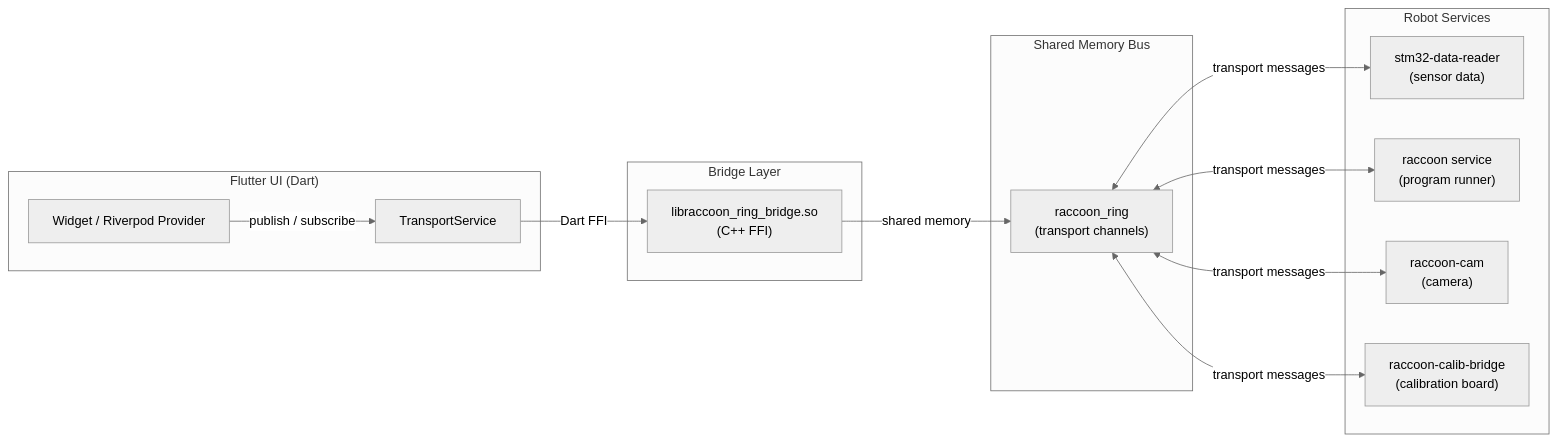
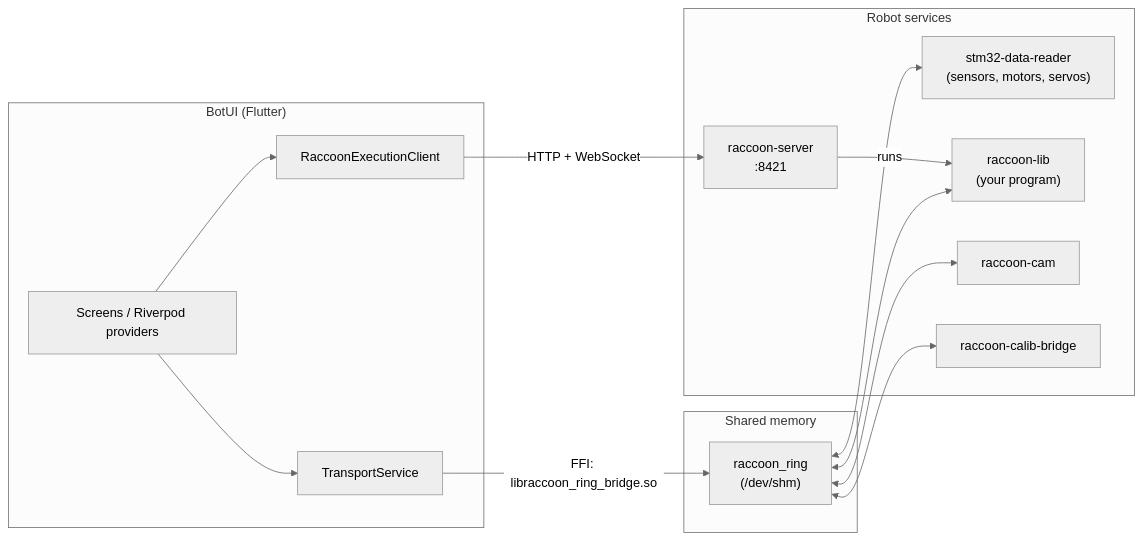
One commit to htl-stp-ecer/documentation changed the first of 2 diagrams in content/05-bot-ui/_index.md. Above: the diagram before and after it, drawn with Mermaid (neutral theme). The commit also changed other lines of this file and 9 other files, not shown here.

````diff
--- a/content/05-bot-ui/_index.md
+++ b/content/05-bot-ui/_index.md
@@ -23,27 +25,28 @@
 ```mermaid
 graph LR
-    subgraph "Flutter UI (Dart)"
-        W[Widget / Riverpod Provider]
+    subgraph "BotUI (Flutter)"
+        W[Screens / Riverpod providers]
         TS[TransportService]
+        EX[RaccoonExecutionClient]
     end
-    subgraph "Bridge Layer"
-        FFI["libraccoon_ring_bridge.so\n(C++ FFI)"]
+    subgraph "Shared memory"
+        RING["raccoon_ring<br/>(/dev/shm)"]
     end
-    subgraph "Shared Memory Bus"
-        RING["raccoon_ring\n(transport channels)"]
-    end
-    subgraph "Robot Services"
-        STM["stm32-data-reader\n(sensor data)"]
-        RACC["raccoon service\n(program runner)"]
-        CAM["raccoon-cam\n(camera)"]
-        CALIB["raccoon-calib-bridge\n(calibration board)"]
+    subgraph "Robot services"
+        STM["stm32-data-reader<br/>(sensors, motors, servos)"]
+        LIB["raccoon-lib<br/>(your program)"]
+        CAM["raccoon-cam"]
+        CALIB["raccoon-calib-bridge"]
+        SRV["raccoon-server<br/>:8421"]
     end
 
-    W -->|publish / subscribe| TS
-    TS -->|Dart FFI| FFI
-    FFI -->|shared memory| RING
-    RING <-->|transport messages| STM
-    RING <-->|transport messages| RACC
-    RING <-->|transport messages| CAM
-    RING <-->|transport messages| CALIB
+    W --> TS
+    TS -->|"FFI: libraccoon_ring_bridge.so"| RING
+    RING <--> STM
+    RING <--> LIB
+    RING <--> CAM
+    RING <--> CALIB
+    W --> EX
+    EX -->|"HTTP + WebSocket"| SRV
+    SRV -->|"runs"| LIB
 ```
````
